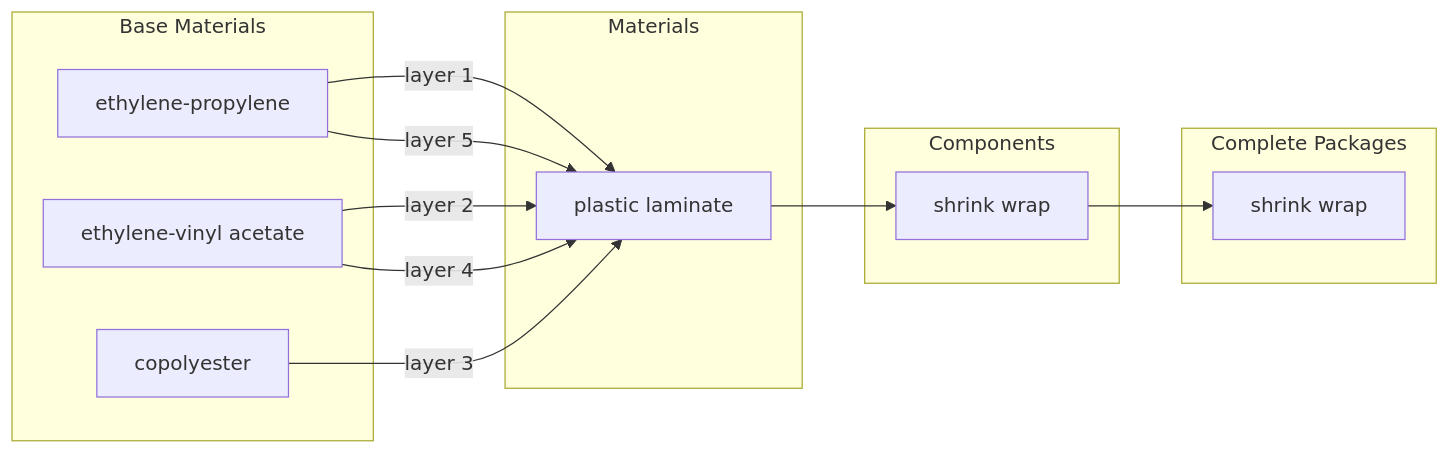
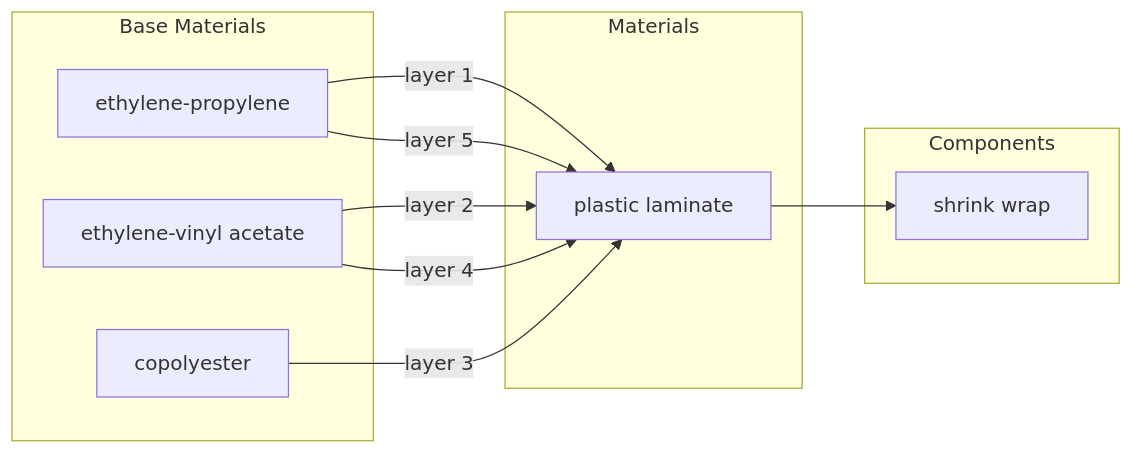
Before and after one commit to OpenDataManchester/Open3P: the seventh of 9 diagrams in docs/1_Start_Here/1_3_Data_Flow.md, drawn with Mermaid. The commit also changed other lines of this file, not shown here.

Commit message:
Tweaks to data flow

````diff
--- a/docs/1_Start_Here/1_3_Data_Flow.md
+++ b/docs/1_Start_Here/1_3_Data_Flow.md
@@ -222,24 +209,20 @@
 ``` mermaid
 flowchart LR
     subgraph baseMaterials[Base Materials]
         bm_ep[ethylene-propylene]
         bm_eva[ethylene-vinyl acetate]
         bm_copolyester[copolyester]
     end
     subgraph materials[Materials]
         ma_shrinkwrap[plastic laminate]
     end
     subgraph components[Components]
         co_shrinkwrap[shrink wrap]
     end
-    subgraph completePackages[Complete Packages]
-        cp_shrinkwrap[shrink wrap]
-    end
     bm_ep -- layer 1 --> ma_shrinkwrap
     bm_eva -- layer 2 --> ma_shrinkwrap
     bm_copolyester -- layer 3 --> ma_shrinkwrap
     bm_eva -- layer 4 --> ma_shrinkwrap
     bm_ep -- layer 5 --> ma_shrinkwrap
     ma_shrinkwrap --> co_shrinkwrap
-    co_shrinkwrap --> cp_shrinkwrap
 ```
````
